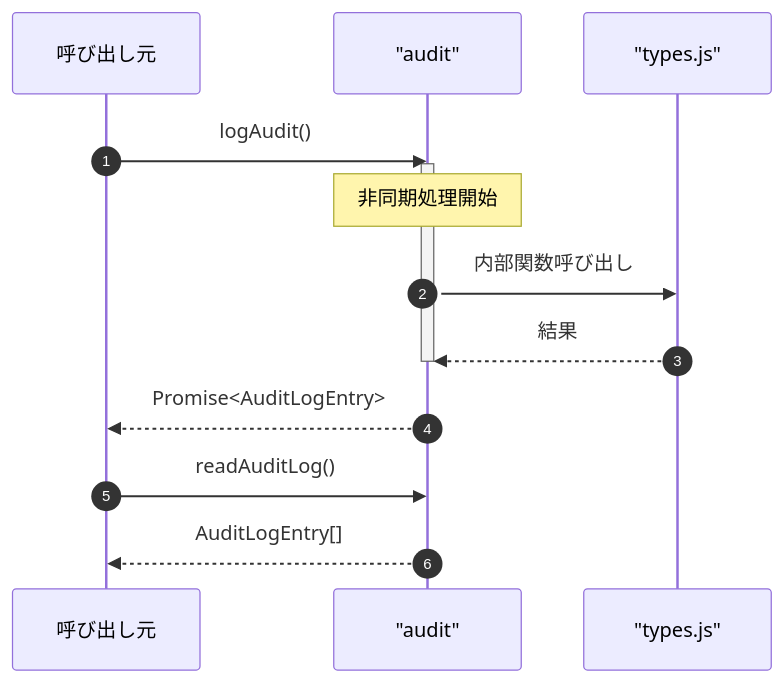
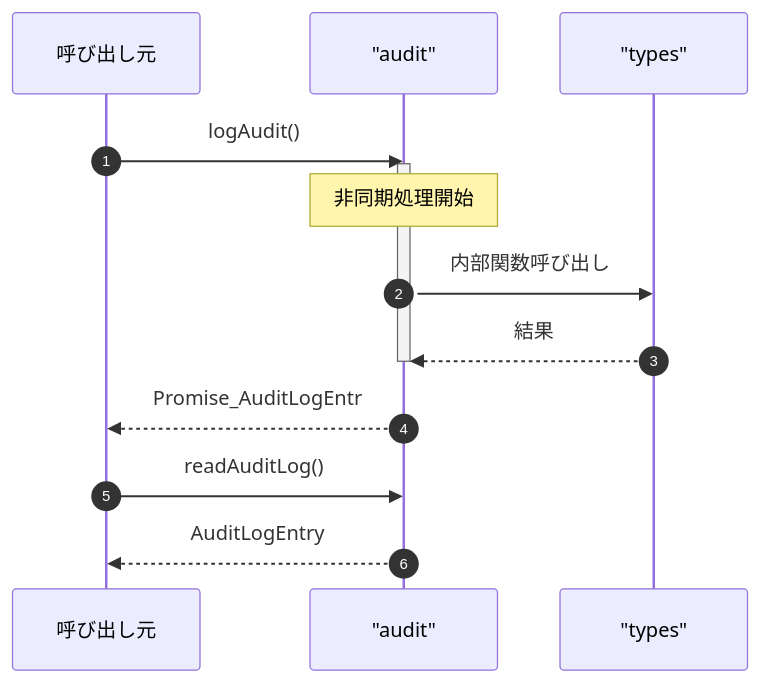
One commit to Mekann2904/mekann changed the third of 3 diagrams in ABDD/.pi/lib/dynamic-tools/audit.md. Above: the diagram before and after it, drawn with Mermaid. The commit also changed other lines of this file and 174 other files, not shown here.

First line of the commit message:
fix(docs): ABDDのMermaid図生成エラーを修正する

````diff
--- a/ABDD/.pi/lib/dynamic-tools/audit.md
+++ b/ABDD/.pi/lib/dynamic-tools/audit.md
@@ -71,18 +71,18 @@
 ```mermaid
 sequenceDiagram
   autonumber
   participant Caller as 呼び出し元
   participant audit as "audit"
-  participant types_js as "types.js"
+  participant types as "types"
 
   Caller->>audit: logAudit()
   activate audit
   Note over audit: 非同期処理開始
-  audit->>types_js: 内部関数呼び出し
-  types_js-->>audit: 結果
+  audit->>types: 内部関数呼び出し
+  types-->>audit: 結果
   deactivate audit
-  audit-->>Caller: Promise<AuditLogEntry>
+  audit-->>Caller: Promise_AuditLogEntr
 
   Caller->>audit: readAuditLog()
-  audit-->>Caller: AuditLogEntry[]
+  audit-->>Caller: AuditLogEntry
 ```
````
